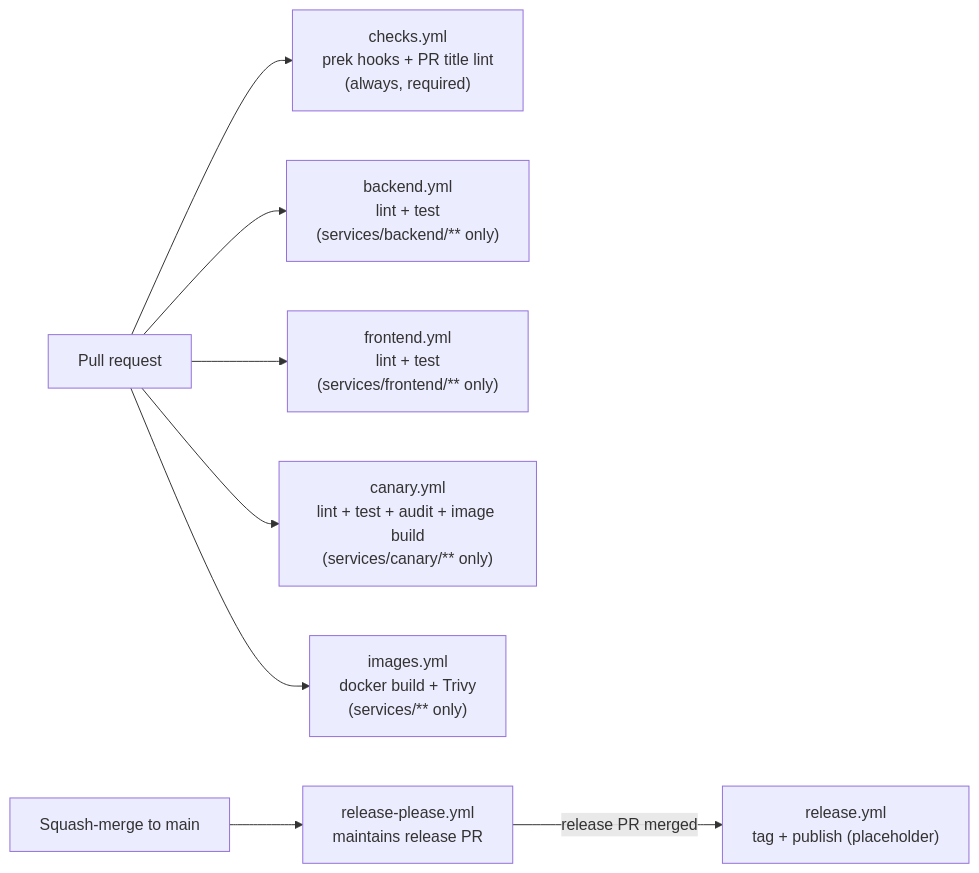
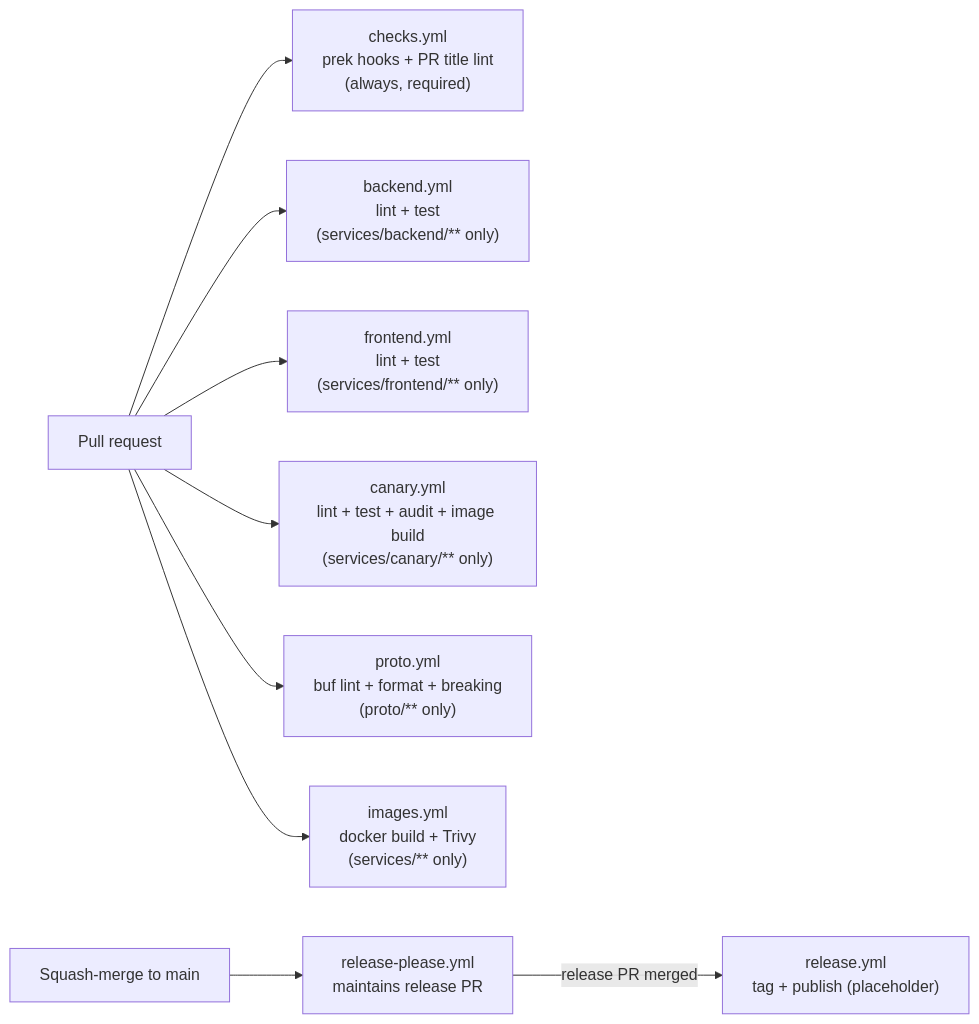
Before and after one commit to vovinacci/devops-demo: the diagram in docs/ci.md, drawn with Mermaid. The commit also changed other lines of this file and 10 other files, not shown here.

First line of the commit message:
feat(proto): buf module with ItemService contract and CI gate (#160)

````diff
--- a/docs/ci.md
+++ b/docs/ci.md
@@ -12,10 +12,11 @@
 ```mermaid
 flowchart LR
     pr[Pull request] --> checks["checks.yml<br/>prek hooks + PR title lint<br/>(always, required)"]
     pr --> be["backend.yml<br/>lint + test<br/>(services/backend/** only)"]
     pr --> fe["frontend.yml<br/>lint + test<br/>(services/frontend/** only)"]
     pr --> ca["canary.yml<br/>lint + test + audit + image build<br/>(services/canary/** only)"]
+    pr --> proto["proto.yml<br/>buf lint + format + breaking<br/>(proto/** only)"]
     pr --> img["images.yml<br/>docker build + Trivy<br/>(services/** only)"]
     merge[Squash-merge to main] --> rp["release-please.yml<br/>maintains release PR"]
     rp -->|release PR merged| rel["release.yml<br/>tag + publish (placeholder)"]
 ```
````
